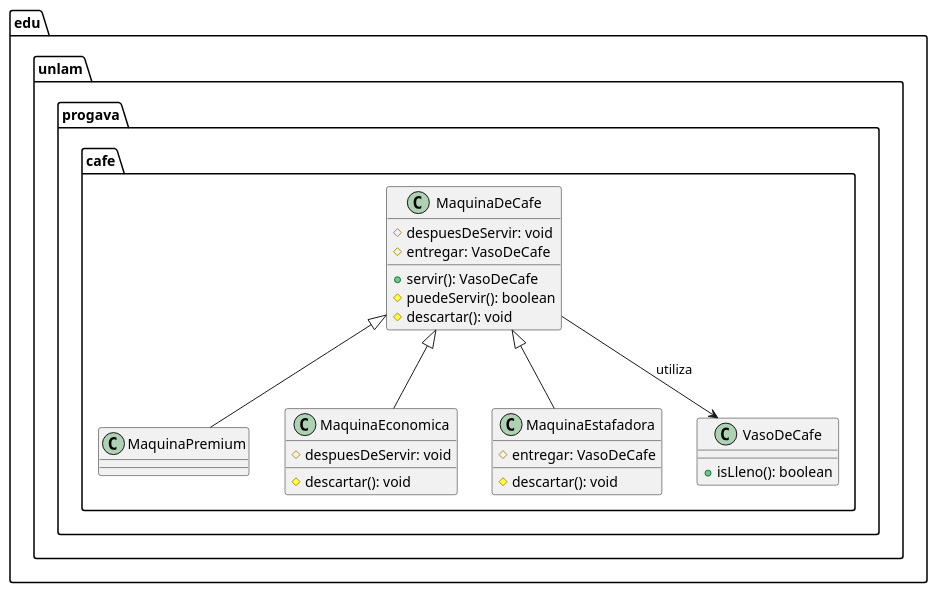
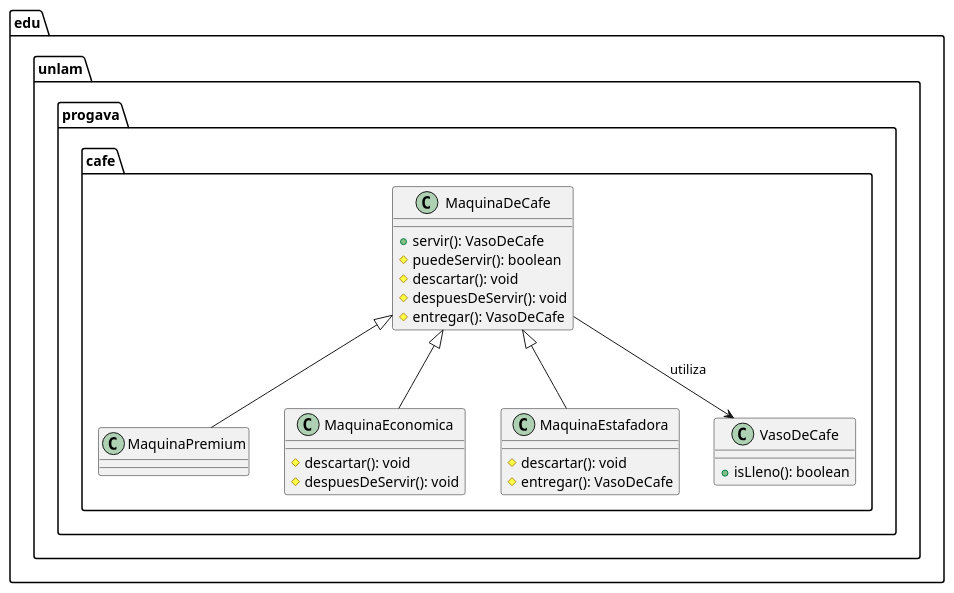
Before and after one commit to programacion-avanzada/workspace: the diagram in oop-herencia-polimorfismo-maquinas-de-cafe/diagrama.plantuml, drawn with PlantUML. The commit also changed 1 other file, not shown here.

Commit message:
Se corrigen metodos en el diagrama

```diff
--- a/oop-herencia-polimorfismo-maquinas-de-cafe/diagrama.plantuml
+++ b/oop-herencia-polimorfismo-maquinas-de-cafe/diagrama.plantuml
@@ -1,30 +1,30 @@
 @startuml
 
 package "edu.unlam.progava.cafe" {
 	MaquinaDeCafe <|-- MaquinaPremium
 	MaquinaDeCafe <|-- MaquinaEconomica
 	MaquinaDeCafe <|-- MaquinaEstafadora
 	MaquinaDeCafe --> VasoDeCafe : utiliza
 
 	class MaquinaDeCafe {
 		+ servir(): VasoDeCafe
 		# puedeServir(): boolean
 		# descartar(): void
-		# despuesDeServir: void
-		# entregar: VasoDeCafe
+		# despuesDeServir(): void
+		# entregar(): VasoDeCafe
 	}
 	class MaquinaPremium {
 	}
 	class MaquinaEconomica {
 		# descartar(): void
-		# despuesDeServir: void
+		# despuesDeServir(): void
 	}
 	class MaquinaEstafadora {
 		# descartar(): void
-		# entregar: VasoDeCafe
+		# entregar(): VasoDeCafe
 	}
 	class VasoDeCafe {
 		+ isLleno(): boolean
 	}
 }
 @enduml
```
